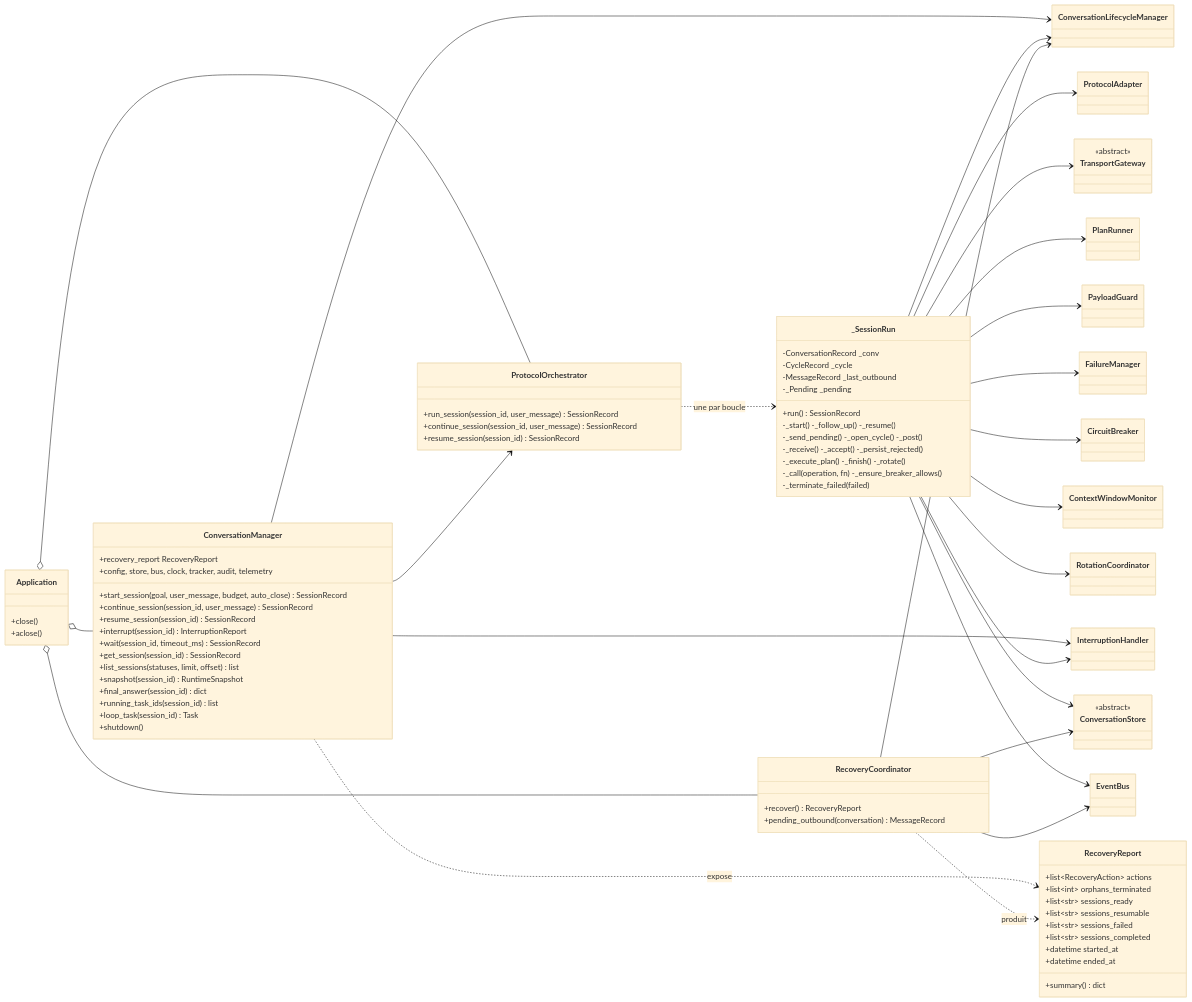
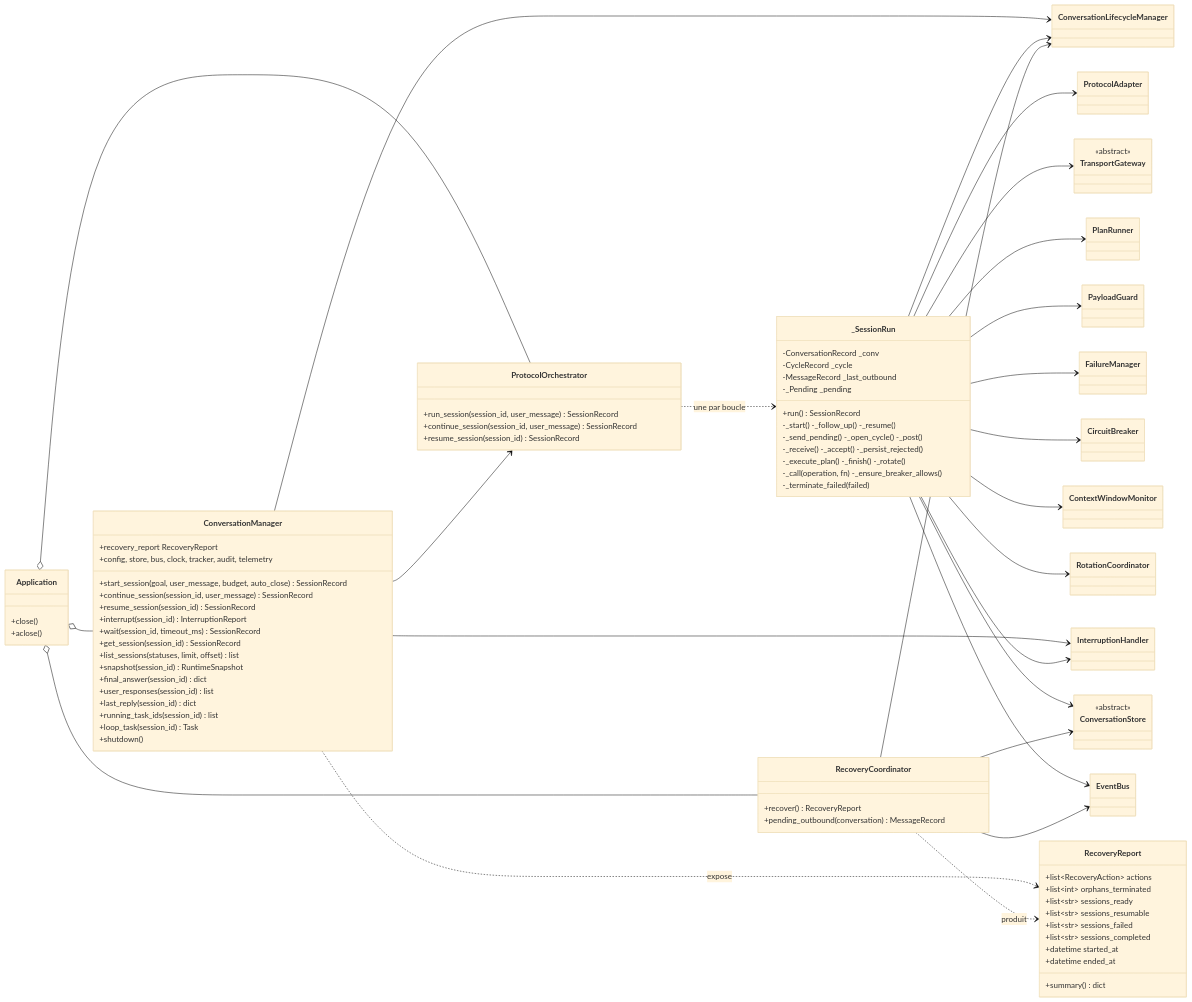
One commit to moabidi91/agentic-local-app changed the first of 5 diagrams in docs/phases/phase-09-orchestration.md. Above: the diagram before and after it, drawn with Mermaid (base theme). The commit also changed other lines of this file and 40 other files, not shown here.

```diff
--- a/docs/phases/phase-09-orchestration.md
+++ b/docs/phases/phase-09-orchestration.md
@@ -39,6 +39,8 @@
         +list_sessions(statuses, limit, offset) list
         +snapshot(session_id) RuntimeSnapshot
         +final_answer(session_id) dict
+        +user_responses(session_id) list
+        +last_reply(session_id) dict
         +running_task_ids(session_id) list
         +loop_task(session_id) Task
         +shutdown()
```
